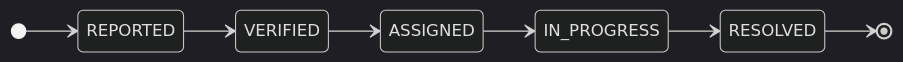
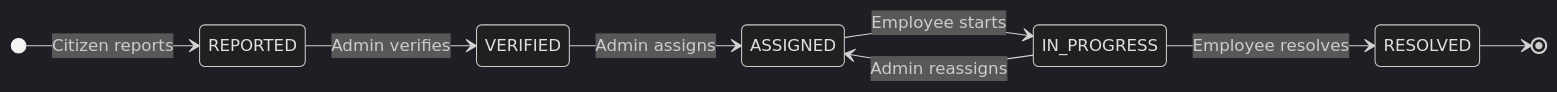
One commit to adityanarayan404/Civic-Fix changed the second of 3 diagrams in README.md. Above: the diagram before and after it, drawn with Mermaid (dark theme). The commit also changed other lines of this file and 1 other file, not shown here.

Commit message:
Update README with lifecycle rules, new features and frontend progress

````diff
--- a/README.md
+++ b/README.md
@@ -80,10 +85,11 @@
 ```mermaid
 stateDiagram-v2
     direction LR
-    [*] --> REPORTED
-    REPORTED --> VERIFIED
-    VERIFIED --> ASSIGNED
-    ASSIGNED --> IN_PROGRESS
-    IN_PROGRESS --> RESOLVED
+    [*] --> REPORTED: Citizen reports
+    REPORTED --> VERIFIED: Admin verifies
+    VERIFIED --> ASSIGNED: Admin assigns
+    ASSIGNED --> IN_PROGRESS: Employee starts
+    IN_PROGRESS --> RESOLVED: Employee resolves
+    IN_PROGRESS --> ASSIGNED: Admin reassigns
     RESOLVED --> [*]
 ```
````
